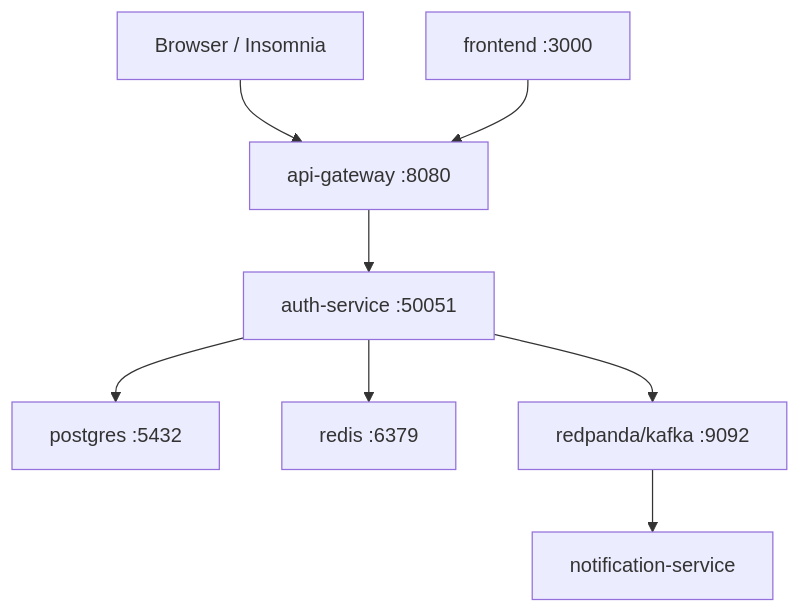
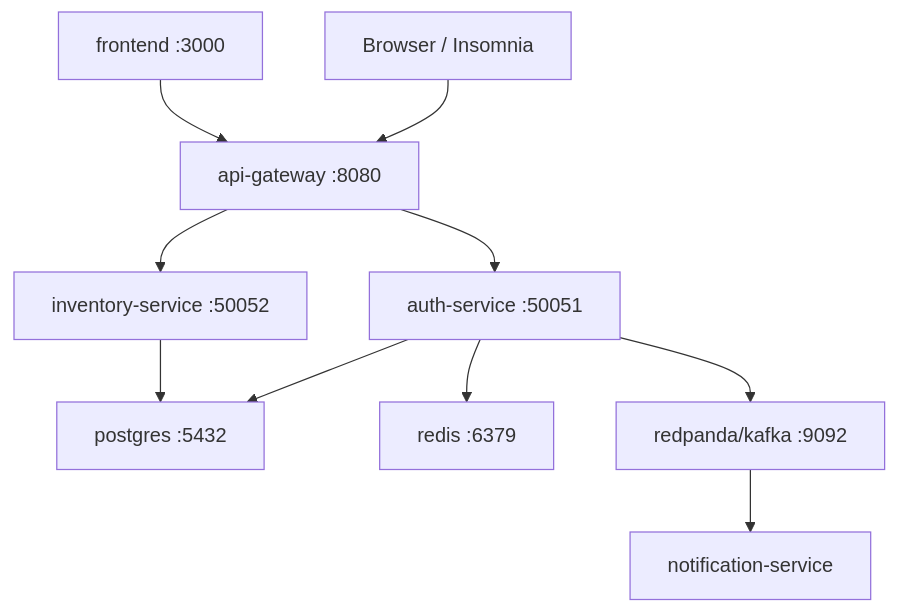
One commit to tmcrypted/berusmenu changed the second of 2 diagrams in docs/runtime-topology.md. Above: the diagram before and after it, drawn with Mermaid. The commit also changed other lines of this file and 28 other files, not shown here.

````diff
--- a/docs/runtime-topology.md
+++ b/docs/runtime-topology.md
@@ -46,13 +46,15 @@
 ```mermaid
 flowchart TB
     Browser["Browser / Insomnia"] --> Gateway["api-gateway :8080"]
     Frontend["frontend :3000"] --> Gateway
 
     Gateway --> Auth["auth-service :50051"]
+    Gateway --> Inventory["inventory-service :50052"]
 
     Auth --> Postgres["postgres :5432"]
+    Inventory --> Postgres
     Auth --> Redis["redis :6379"]
     Auth --> Kafka["redpanda/kafka :9092"]
 
     Kafka --> Notification["notification-service"]
 ```
````
